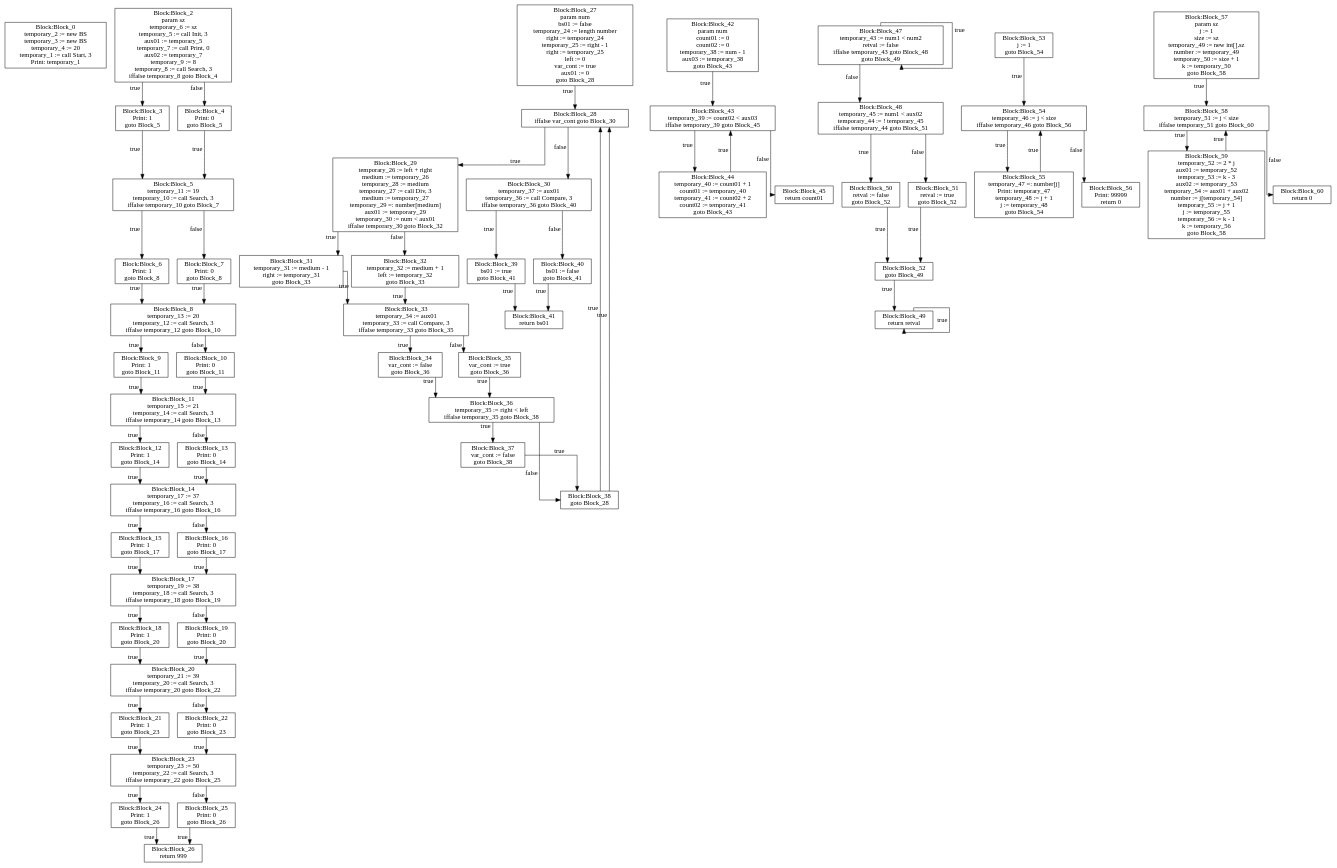
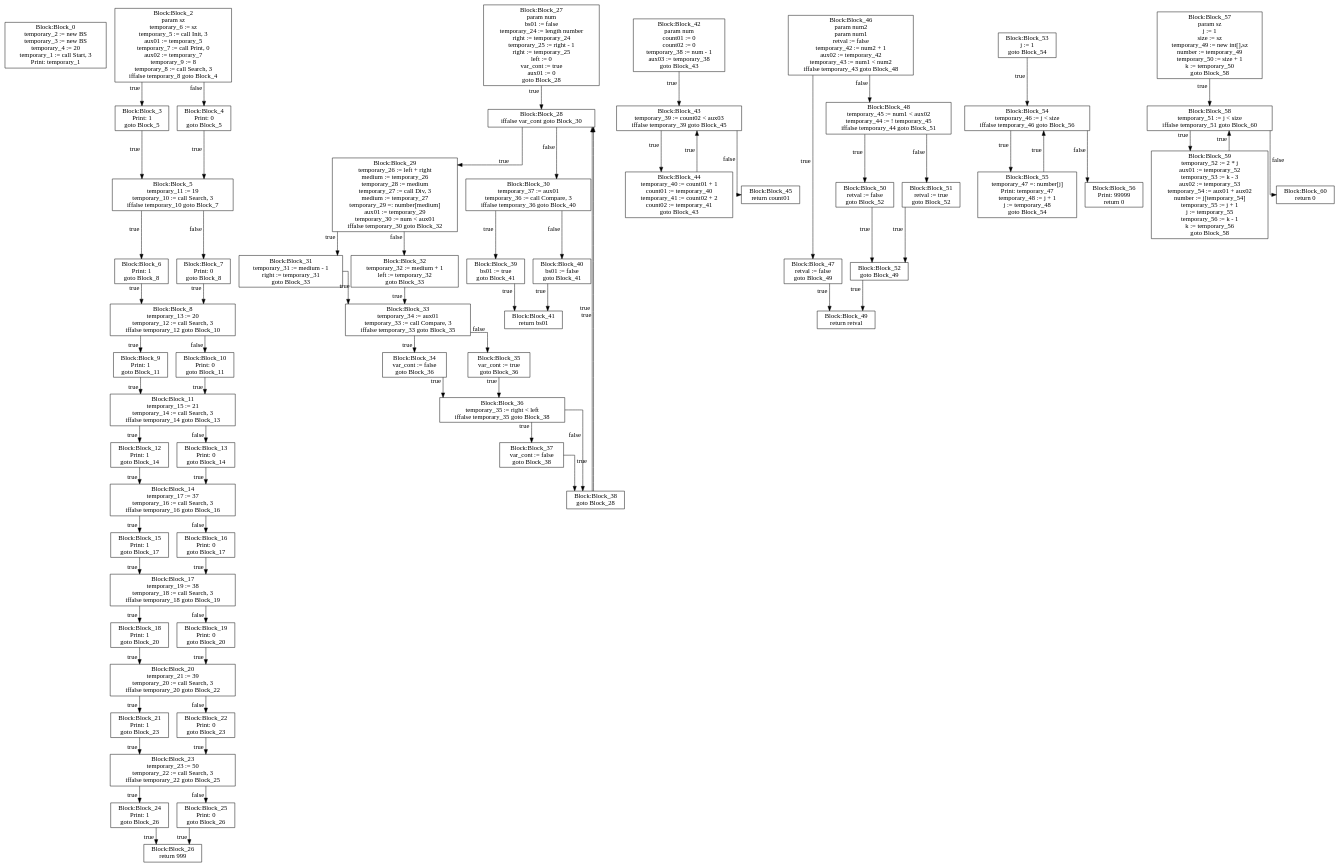
One commit to moondog-matthew/compiler-dv1655 changed the diagram in lab3/CFG-tree.dot. Above: the diagram before and after it, drawn with Graphviz. The commit also changed 4 other files, not shown here.

```diff
--- a/lab3/CFG-tree.dot
+++ b/lab3/CFG-tree.dot
@@ -232,13 +232,22 @@
 Block_43 -> Block_45 [xlabel = "false"]
 Block_45 [label="Block:Block_45
 return count01"];
+Block_46 [label="Block:Block_46
+param num2
+param num1
+retval := false
+temporary_42 := num2 + 1
+aux02 := temporary_42
+temporary_43 := num1 < num2
+iffalse temporary_43 goto Block_48"];
+Block_46 -> Block_47 [xlabel = "true"]
 Block_47 [label="Block:Block_47
-temporary_43 := num1 < num2
 retval := false
-iffalse temporary_43 goto Block_48
 goto Block_49"];
-Block_47 -> Block_47 [xlabel = "true"]
-Block_47 -> Block_48 [xlabel = "false"]
+Block_47 -> Block_49 [xlabel = "true"]
+Block_49 [label="Block:Block_49
+return retval"];
+Block_46 -> Block_48 [xlabel = "false"]
 Block_48 [label="Block:Block_48
 temporary_45 := num1 < aux02
 temporary_44 := ! temporary_45
@@ -251,9 +260,6 @@
 Block_52 [label="Block:Block_52
 goto Block_49"];
 Block_52 -> Block_49 [xlabel = "true"]
-Block_49 [label="Block:Block_49
-return retval"];
-Block_49 -> Block_49 [xlabel = "true"]
 Block_48 -> Block_51 [xlabel = "false"]
 Block_51 [label="Block:Block_51
 retval := true
```
